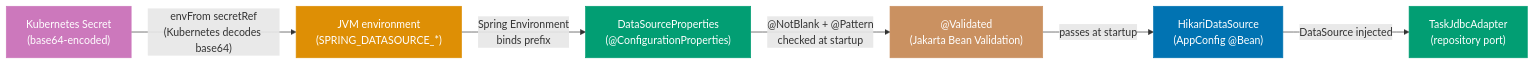
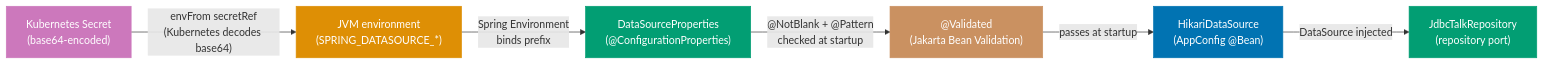
One commit to wahidyankf/open-sharia-enterprise changed the third of 3 diagrams in apps/ayokoding-web/content/en/learn/software-engineering/architecture/ddd-hexagonal-in-practice/oop-in-the-field/production.md. Above: the diagram before and after it, drawn with Mermaid. The commit also changed other lines of this file and 11 other files, not shown here.

````diff
--- a/apps/ayokoding-web/content/en/learn/software-engineering/architecture/ddd-hexagonal-in-practice/oop-in-the-field/production.md
+++ b/apps/ayokoding-web/content/en/learn/software-engineering/architecture/ddd-hexagonal-in-practice/oop-in-the-field/production.md
@@ -1282,21 +1095,21 @@
 ```mermaid
 flowchart LR
     k8s["Kubernetes Secret\n(base64-encoded)"]:::purple
     env["JVM environment\n(SPRING_DATASOURCE_*)"]:::orange
     props["DataSourceProperties\n(@ConfigurationProperties)"]:::teal
     valid["@Validated\n(Jakarta Bean Validation)"]:::brown
     ds["HikariDataSource\n(AppConfig @Bean)"]:::blue
-    port["TaskJdbcAdapter\n(repository port)"]:::teal
+    port["JdbcTalkRepository\n(repository port)"]:::teal
 
     k8s -->|"envFrom secretRef\n(Kubernetes decodes base64)"| env
     env -->|"Spring Environment\nbinds prefix"| props
     props -->|"@NotBlank + @Pattern\nchecked at startup"| valid
     valid -->|"passes at startup"| ds
     ds -->|"DataSource injected"| port
 
     classDef purple fill:#CC78BC,color:#fff,stroke:#CC78BC
     classDef orange fill:#DE8F05,color:#fff,stroke:#DE8F05
     classDef teal fill:#029E73,color:#fff,stroke:#029E73
     classDef brown fill:#CA9161,color:#fff,stroke:#CA9161
     classDef blue fill:#0173B2,color:#fff,stroke:#0173B2
 ```
````
